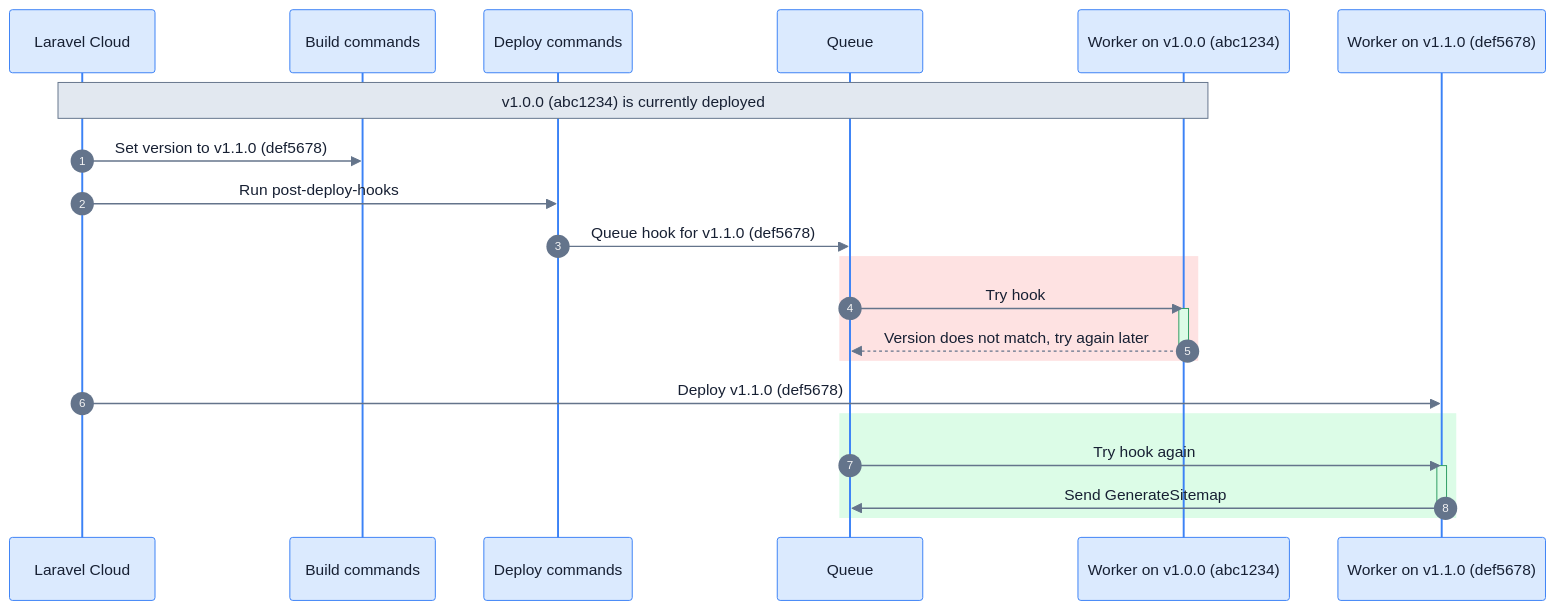
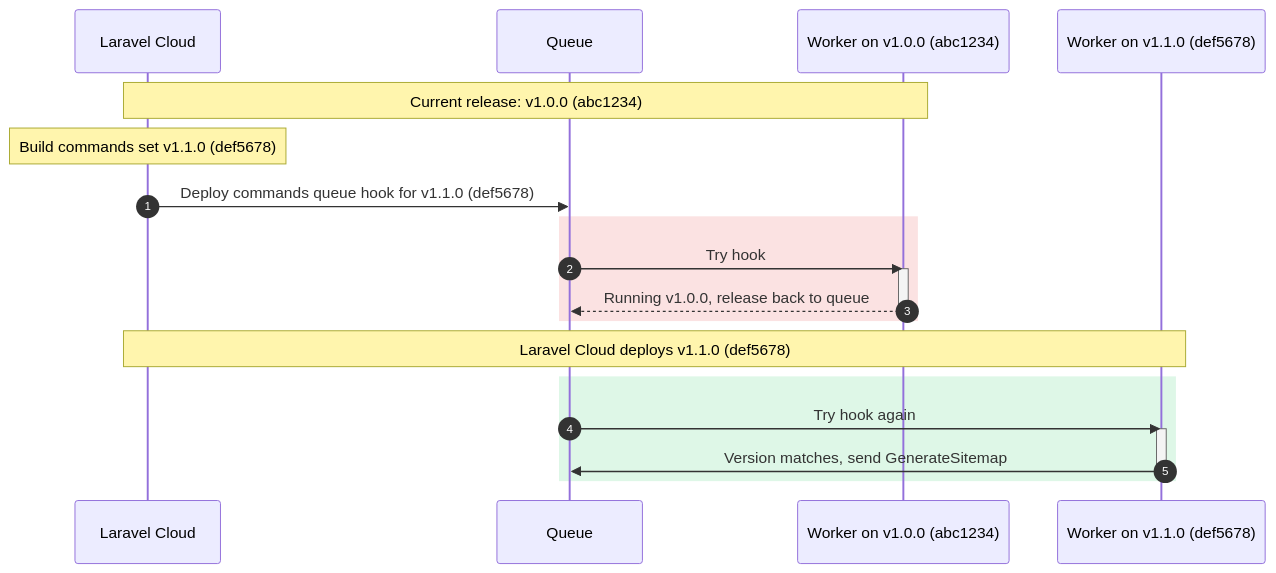
The first of 2 diagrams in README.md (mathiasgrimm/laravel-post-deploy-hooks), drawn with Mermaid before and after one commit.

Commit message:
Improve sequence timeline readability

````diff
--- a/README.md
+++ b/README.md
@@ -92,29 +92,25 @@
 ```mermaid
-%%{init: {"theme": "base", "themeVariables": {"fontFamily": "system-ui, sans-serif", "fontSize": "14px", "actorBkg": "#dbeafe", "actorBorder": "#3b82f6", "actorTextColor": "#172033", "signalColor": "#64748b", "signalTextColor": "#172033", "noteBkgColor": "#e2e8f0", "noteBorderColor": "#64748b", "noteTextColor": "#172033", "activationBkgColor": "#dcfce7", "activationBorderColor": "#2d9d62"}}}%%
 sequenceDiagram
     autonumber
     participant Cloud as Laravel Cloud
-    participant Build as Build commands
-    participant Deploy as Deploy commands
     participant Queue
     participant Old as Worker on v1.0.0 (abc1234)
     participant New as Worker on v1.1.0 (def5678)
 
-    Note over Cloud,Old: v1.0.0 (abc1234) is currently deployed
-    Cloud->>Build: Set version to v1.1.0 (def5678)
-    Cloud->>Deploy: Run post-deploy-hooks
-    Deploy->>Queue: Queue hook for v1.1.0 (def5678)
-    rect rgb(254, 226, 226)
+    Note over Cloud,Old: Current release: v1.0.0 (abc1234)
+    Note over Cloud: Build commands set v1.1.0 (def5678)
+    Cloud->>Queue: Deploy commands queue hook for v1.1.0 (def5678)
+    rect rgba(226, 62, 62, 0.15)
         Queue->>Old: Try hook
         activate Old
-        Old-->>Queue: Version does not match, try again later
+        Old-->>Queue: Running v1.0.0, release back to queue
         deactivate Old
     end
-    Cloud->>New: Deploy v1.1.0 (def5678)
-    rect rgb(220, 252, 231)
+    Note over Cloud,New: Laravel Cloud deploys v1.1.0 (def5678)
+    rect rgba(34, 197, 94, 0.15)
         Queue->>New: Try hook again
         activate New
-        New->>Queue: Send GenerateSitemap
+        New->>Queue: Version matches, send GenerateSitemap
         deactivate New
     end
 ```
````
